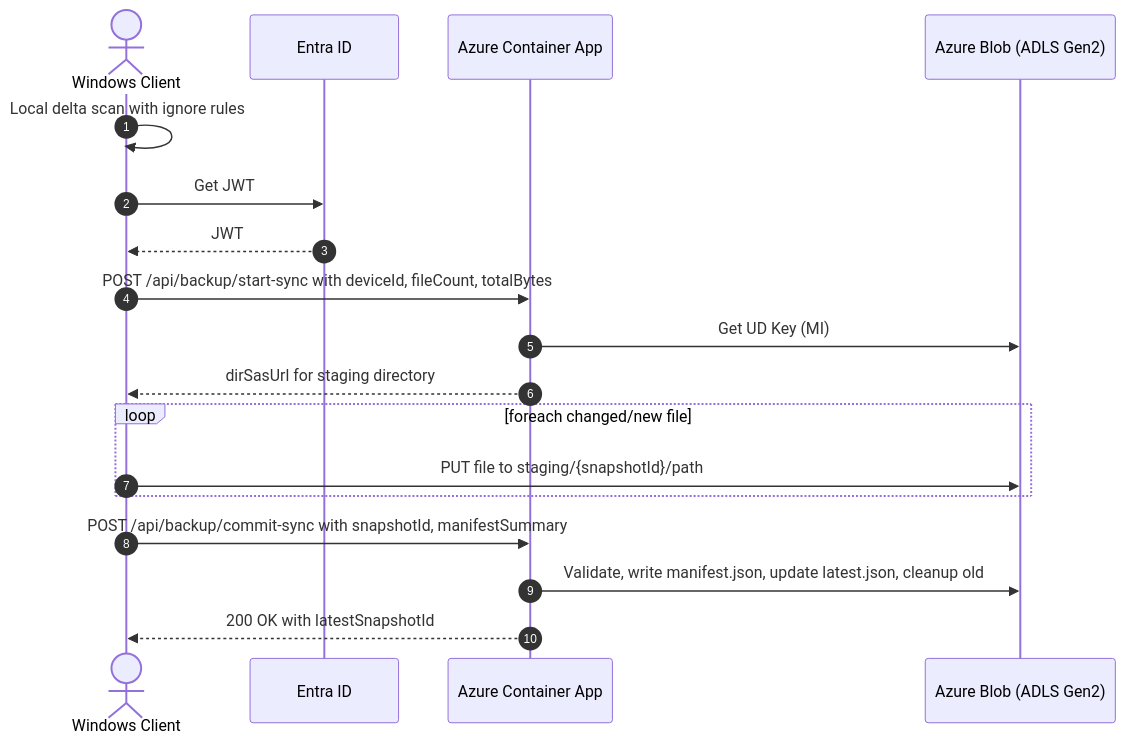
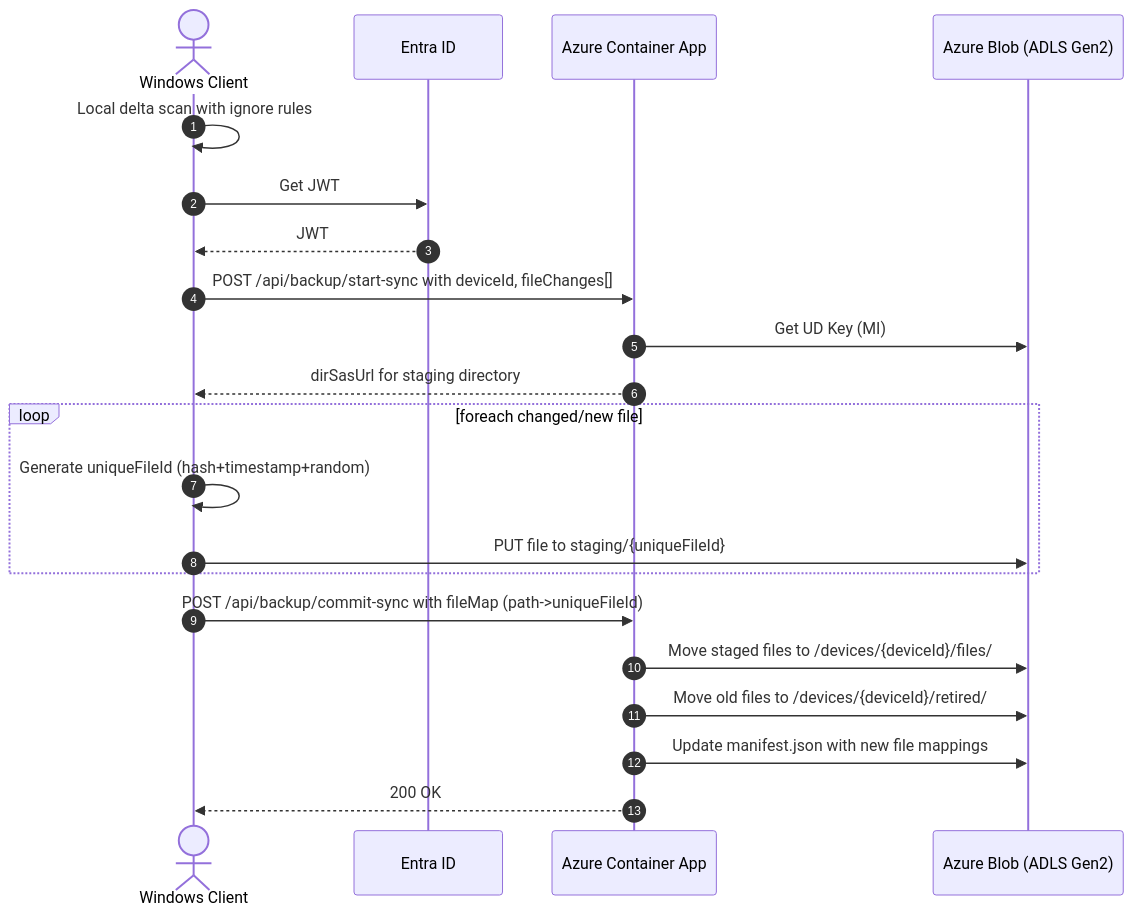
The second of 3 diagrams in doc/TECHNICAL_DESIGN.md (FlorisDeVries/stowhaven), drawn with Mermaid before and after one commit. The commit also changed other lines of this file, not shown here.

````diff
--- a/doc/TECHNICAL_DESIGN.md
+++ b/doc/TECHNICAL_DESIGN.md
@@ -80,24 +86,27 @@
 ```mermaid
 sequenceDiagram
     autonumber
     actor C as Windows Client
     participant E as Entra ID
     participant F as Azure Container App
     participant B as Azure Blob (ADLS Gen2)
 
     C->>C: Local delta scan with ignore rules
     C->>E: Get JWT
     E-->>C: JWT
 
-    C->>F: POST /api/backup/start-sync with deviceId, fileCount, totalBytes
+    C->>F: POST /api/backup/start-sync with deviceId, fileChanges[]
     F->>B: Get UD Key (MI)
     F-->>C: dirSasUrl for staging directory
 
     loop foreach changed/new file
-      C->>B: PUT file to staging/{snapshotId}/path
+      C->>C: Generate uniqueFileId (hash+timestamp+random)
+      C->>B: PUT file to staging/{uniqueFileId}
     end
 
-    C->>F: POST /api/backup/commit-sync with snapshotId, manifestSummary
-    F->>B: Validate, write manifest.json, update latest.json, cleanup old
-    F-->>C: 200 OK with latestSnapshotId
+    C->>F: POST /api/backup/commit-sync with fileMap (path->uniqueFileId)
+    F->>B: Move staged files to /devices/{deviceId}/files/
+    F->>B: Move old files to /devices/{deviceId}/retired/
+    F->>B: Update manifest.json with new file mappings
+    F-->>C: 200 OK
 ```
````
